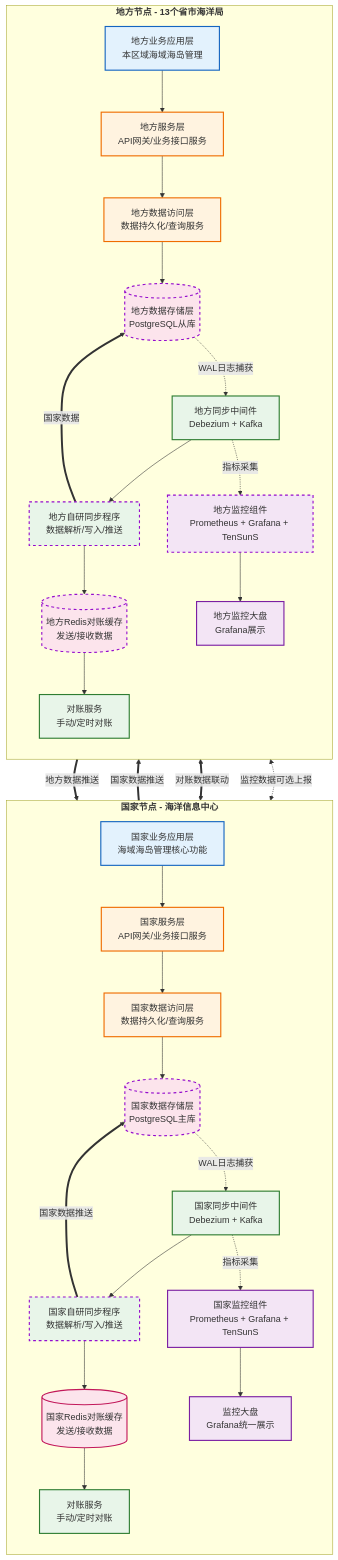
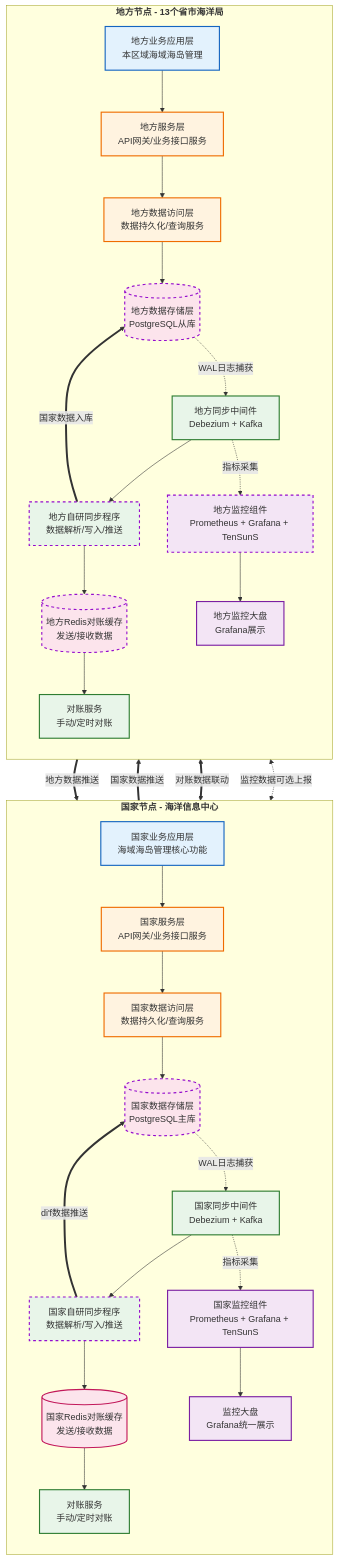
Before and after one commit to MyJohn2/iodraw-files: the diagram in all/未命名-1.md, drawn with Mermaid.

Commit message:
2026-03-04 13:42:07 update

````diff
--- a/all/未命名-1.md
+++ b/all/未命名-1.md
@@ -1,68 +1,68 @@
 ```mermaid
 flowchart TD
     %% 定义样式
     classDef app fill:#e3f2fd,stroke:#1565c0,stroke-width:2px;
     classDef service fill:#fff3e0,stroke:#ef6c00,stroke-width:2px;
     classDef data fill:#fce4ec,stroke:#c2185b,stroke-width:2px;
     classDef sync fill:#e8f5e9,stroke:#2e7d32,stroke-width:2px;
     classDef monitor fill:#f3e5f5,stroke:#7b1fa2,stroke-width:2px;
     classDef linkLine stroke:#950DCD,stroke-width:2px,stroke-dasharray: 5 5;
 
     %% 国家节点 - 修复了标题括号问题
     subgraph NationNode [<B>国家节点 - 海洋信息中心]
         direction TB
         A1[国家业务应用层<br/>海域海岛管理核心功能]:::app
         B1[国家服务层<br/>API网关/业务接口服务]:::service
         C1[国家数据访问层<br/>数据持久化/查询服务]:::service
         D1[(国家数据存储层<br/>PostgreSQL主库)]:::data
         E1[国家同步中间件<br/>Debezium + Kafka]:::sync
         F1[国家自研同步程序<br/>数据解析/写入/推送]:::sync
         G1[(国家Redis对账缓存<br/>发送/接收数据)]:::data
         H1[国家监控组件<br/>Prometheus + Grafana + TenSunS]:::monitor
         I1[对账服务<br/>手动/定时对账]:::sync
         J1[监控大盘<br/>Grafana统一展示]:::monitor
 
         A1 --> B1
         B1 --> C1
         C1 --> D1
         D1 -.->|WAL日志捕获 | E1
         E1 --> F1
         F1 --> G1
         E1 -.->|指标采集 | H1
         G1 --> I1
         H1 --> J1
     end
     
     %% 地方节点 - 修复了标题括号问题
     subgraph LocalNode [<B>地方节点 - 13个省市海洋局]
         direction TB
         A2[地方业务应用层<br/>本区域海域海岛管理]:::app
         B2[地方服务层<br/>API网关/业务接口服务]:::service
         C2[地方数据访问层<br/>数据持久化/查询服务]:::service
         D2[(地方数据存储层<br/>PostgreSQL从库)]:::data
         E2[地方同步中间件<br/>Debezium + Kafka]:::sync
         F2[地方自研同步程序<br/>数据解析/写入/推送]:::sync
         G2[(地方Redis对账缓存<br/>发送/接收数据)]:::data
         H2[地方监控组件<br/>Prometheus + Grafana + TenSunS]:::monitor
         I2[对账服务<br/>手动/定时对账]:::sync
         J2[地方监控大盘<br/>Grafana展示]:::monitor
 
         A2 --> B2
         B2 --> C2
         C2 --> D2
         D2 -.->|WAL日志捕获 | E2
         E2 --> F2
         F2 --> G2
         E2 -.->|指标采集 | H2
         G2 --> I2
         H2 --> J2
     end
     
     %% 跨节点交互
     E2 ==>|地方数据推送 | F1:::linkLine
     E1 ==>|国家数据推送 | F2:::linkLine
     G1 <==>|对账数据联动 | G2:::linkLine
     H1 <-.->|监控数据可选上报 | H2:::linkLine
-    F2 ==>|国家数据 | D2:::linkLine
-    F1 ==>|国家数据推送 | D1:::linkLine
+    F2 ==>|国家数据入库 | D2:::linkLine
+    F1 ==>|di'f数据推送 | D1:::linkLine
 ```
````
